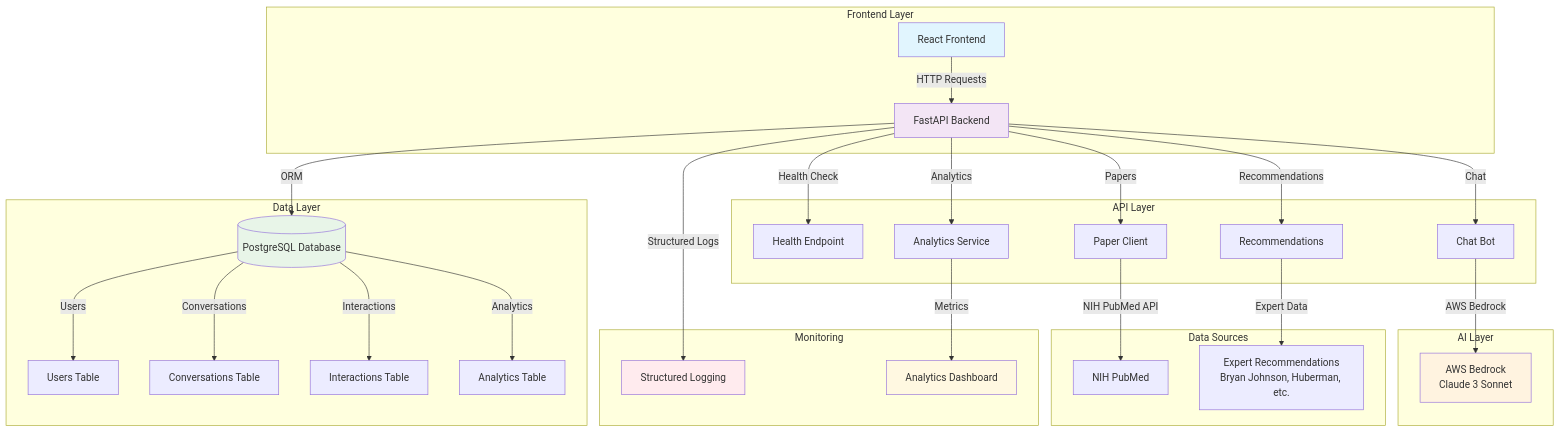
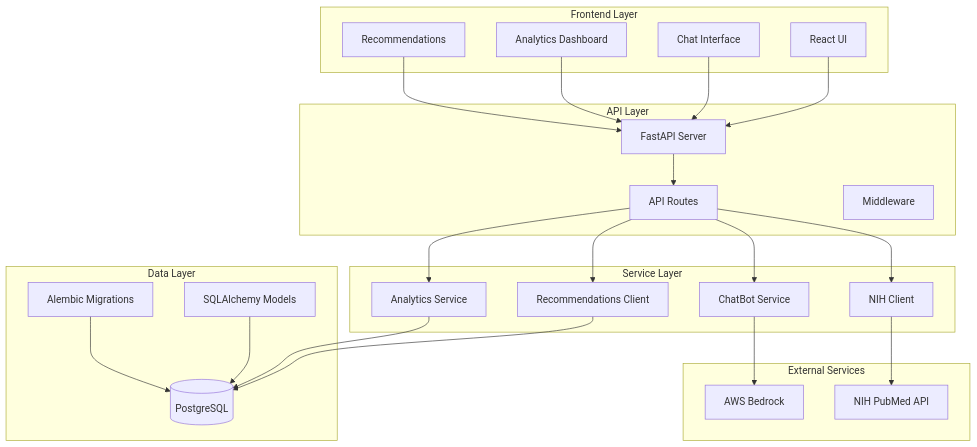
Before and after one commit to breese5/Sleep-Science-Project: the diagram in README.md, drawn with Mermaid. The commit also changed other lines of this file, not shown here.

````diff
--- a/README.md
+++ b/README.md
@@ -17,45 +62,52 @@
 ```mermaid
 graph TB
     subgraph "Frontend Layer"
-        UI[React Frontend]
-        UI --> |HTTP Requests| API
+        UI[React UI]
+        Chat[Chat Interface]
+        Analytics[Analytics Dashboard]
+        Recs[Recommendations]
     end
     
     subgraph "API Layer"
-        API[FastAPI Backend]
-        API --> |Health Check| HC[Health Endpoint]
-        API --> |Chat| CB[Chat Bot]
-        API --> |Analytics| AS[Analytics Service]
-        API --> |Papers| PC[Paper Client]
-        API --> |Recommendations| RC[Recommendations]
+        FastAPI[FastAPI Server]
+        Routes[API Routes]
+        Middleware[Middleware]
     end
     
-    subgraph "AI Layer"
-        CB --> |AWS Bedrock| AI[AWS Bedrock<br/>Claude 3 Sonnet]
-    end
-    
-    subgraph "Data Sources"
-        PC --> |NIH PubMed API| NIH[NIH PubMed]
-        RC --> |Expert Data| EXP[Expert Recommendations<br/>Bryan Johnson, Huberman, etc.]
+    subgraph "Service Layer"
+        ChatBot[ChatBot Service]
+        AnalyticsService[Analytics Service]
+        NIHClient[NIH Client]
+        RecsClient[Recommendations Client]
     end
     
     subgraph "Data Layer"
-        API --> |ORM| DB[(PostgreSQL Database)]
-        DB --> |Users| U[Users Table]
-        DB --> |Conversations| C[Conversations Table]
-        DB --> |Interactions| I[Interactions Table]
-        DB --> |Analytics| A[Analytics Table]
+        PostgreSQL[(PostgreSQL)]
+        Models[SQLAlchemy Models]
+        Migrations[Alembic Migrations]
     end
     
-    subgraph "Monitoring"
-        API --> |Structured Logs| LOG[Structured Logging]
-        AS --> |Metrics| MET[Analytics Dashboard]
+    subgraph "External Services"
+        AWS[AWS Bedrock]
+        NIH[NIH PubMed API]
     end
     
-    style UI fill:#e1f5fe
-    style API fill:#f3e5f5
-    style AI fill:#fff3e0
-    style DB fill:#e8f5e8
-    style LOG fill:#ffebee
-    style MET fill:#fff8e1
+    UI --> FastAPI
+    Chat --> FastAPI
+    Analytics --> FastAPI
+    Recs --> FastAPI
+    
+    FastAPI --> Routes
+    Routes --> ChatBot
+    Routes --> AnalyticsService
+    Routes --> NIHClient
+    Routes --> RecsClient
+    
+    ChatBot --> AWS
+    NIHClient --> NIH
+    RecsClient --> PostgreSQL
+    
+    AnalyticsService --> PostgreSQL
+    Models --> PostgreSQL
+    Migrations --> PostgreSQL
 ```
````
